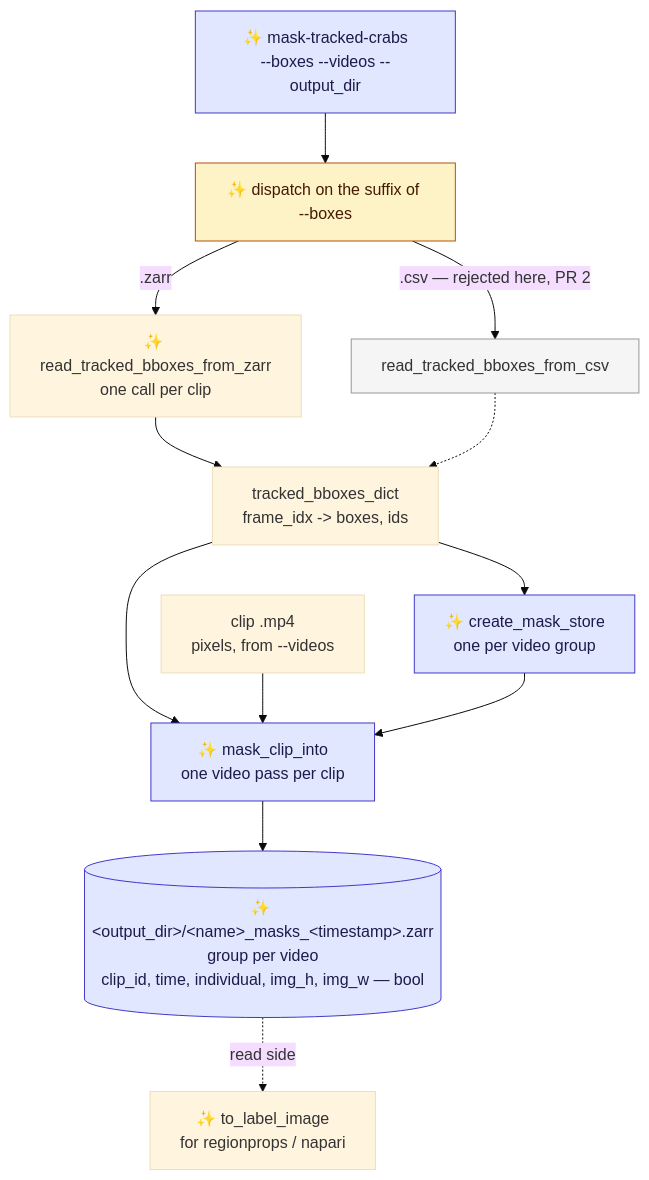
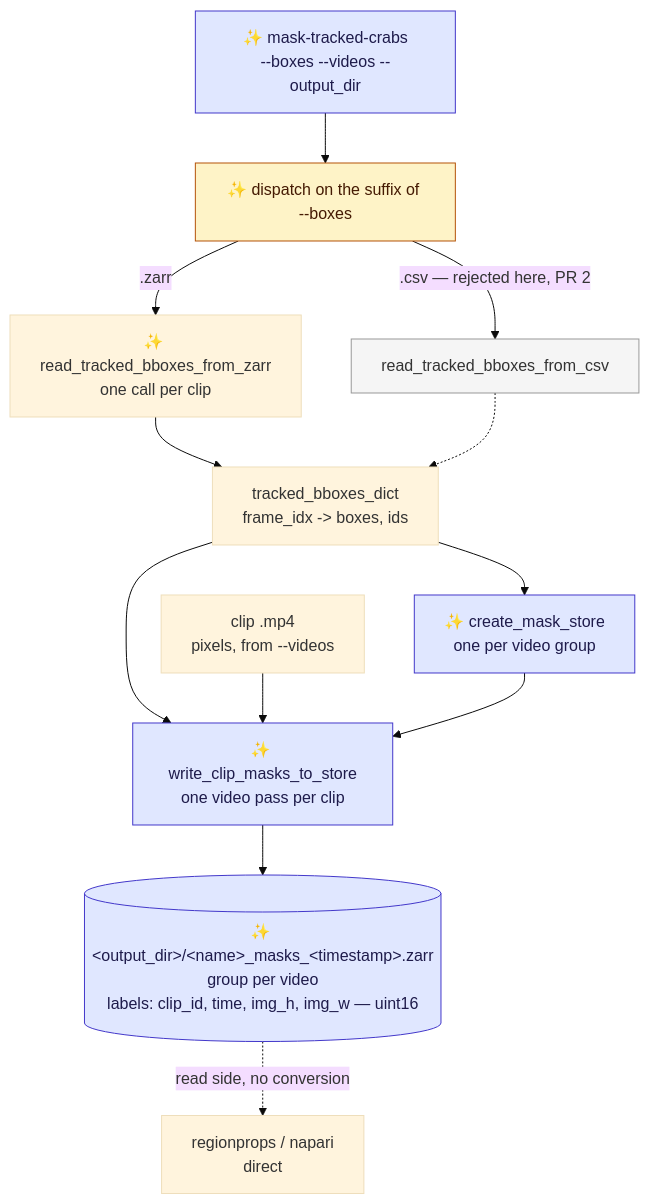
One commit to SainsburyWellcomeCentre/crabs-exploration changed the first of 3 diagrams in claude-plans/proposal-mask-tracked-crabs.md. Above: the diagram before and after it, drawn with Mermaid (base theme). The commit also changed other lines of this file and 3 other files, not shown here.

Commit message:
Refine output zarr structure

````diff
--- a/claude-plans/proposal-mask-tracked-crabs.md
+++ b/claude-plans/proposal-mask-tracked-crabs.md
@@ -14,20 +16,20 @@
 ```mermaid
 flowchart TD
     CLI["✨ mask-tracked-crabs<br/>--boxes --videos --output_dir"] --> DISP["✨ dispatch on the suffix of --boxes"]
     DISP -->|".zarr"| RZ["✨ read_tracked_bboxes_from_zarr<br/>one call per clip"]
     DISP -->|".csv — rejected here, PR 2"| RC["read_tracked_bboxes_from_csv"]
     RZ --> D["tracked_bboxes_dict<br/>frame_idx -> boxes, ids"]
     RC -.-> D
     D --> CS["✨ create_mask_store<br/>one per video group"]
-    D --> MC["✨ mask_clip_into<br/>one video pass per clip"]
+    D --> MC["✨ write_clip_masks_to_store<br/>one video pass per clip"]
     V["clip .mp4<br/>pixels, from --videos"] --> MC
     CS --> MC
-    MC --> Z[("✨ &lt;output_dir&gt;/&lt;name&gt;_masks_&lt;timestamp&gt;.zarr<br/>group per video<br/>clip_id, time, individual, img_h, img_w — bool")]
-    Z -.->|"read side"| L["✨ to_label_image<br/>for regionprops / napari"]
+    MC --> Z[("✨ &lt;output_dir&gt;/&lt;name&gt;_masks_&lt;timestamp&gt;.zarr<br/>group per video<br/>labels: clip_id, time, img_h, img_w — uint16")]
+    Z -.->|"read side, no conversion"| L["regionprops / napari<br/>direct"]
     style CLI fill:#e0e7ff,stroke:#4338ca,color:#1e1b4b
     style DISP fill:#fef3c7,stroke:#b45309,color:#451a03
     style RC fill:#f5f5f5,stroke:#999,color:#333
     style CS fill:#e0e7ff,stroke:#4338ca,color:#1e1b4b
     style MC fill:#e0e7ff,stroke:#4338ca,color:#1e1b4b
     style Z fill:#e0e7ff,stroke:#4338ca,color:#1e1b4b
 ```
````
